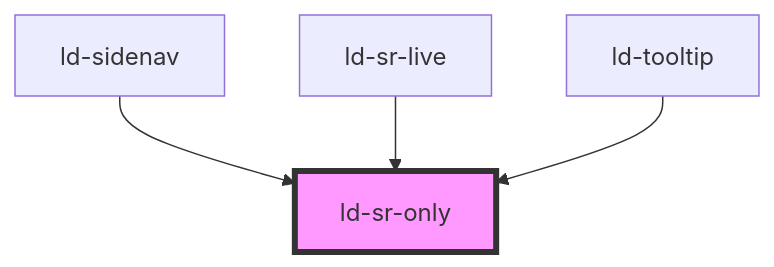
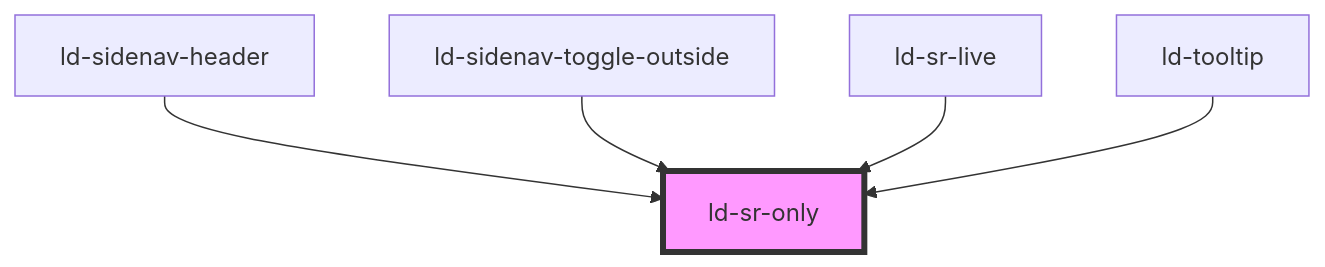
The diagram in src/liquid/components/ld-sr-only/readme.md (emdgroup-liquid/liquid), drawn with Mermaid before and after one commit. The commit also changed other lines of this file and 155 other files, not shown here.

Commit message:
feat(ld-sidenav): add header and toggle outside to sidenav

````diff
--- a/src/liquid/components/ld-sr-only/readme.md
+++ b/src/liquid/components/ld-sr-only/readme.md
@@ -51,7 +52,8 @@
 ```mermaid
 graph TD;
-  ld-sidenav --> ld-sr-only
+  ld-sidenav-header --> ld-sr-only
+  ld-sidenav-toggle-outside --> ld-sr-only
   ld-sr-live --> ld-sr-only
   ld-tooltip --> ld-sr-only
   style ld-sr-only fill:#f9f,stroke:#333,stroke-width:4px
 ```
````
